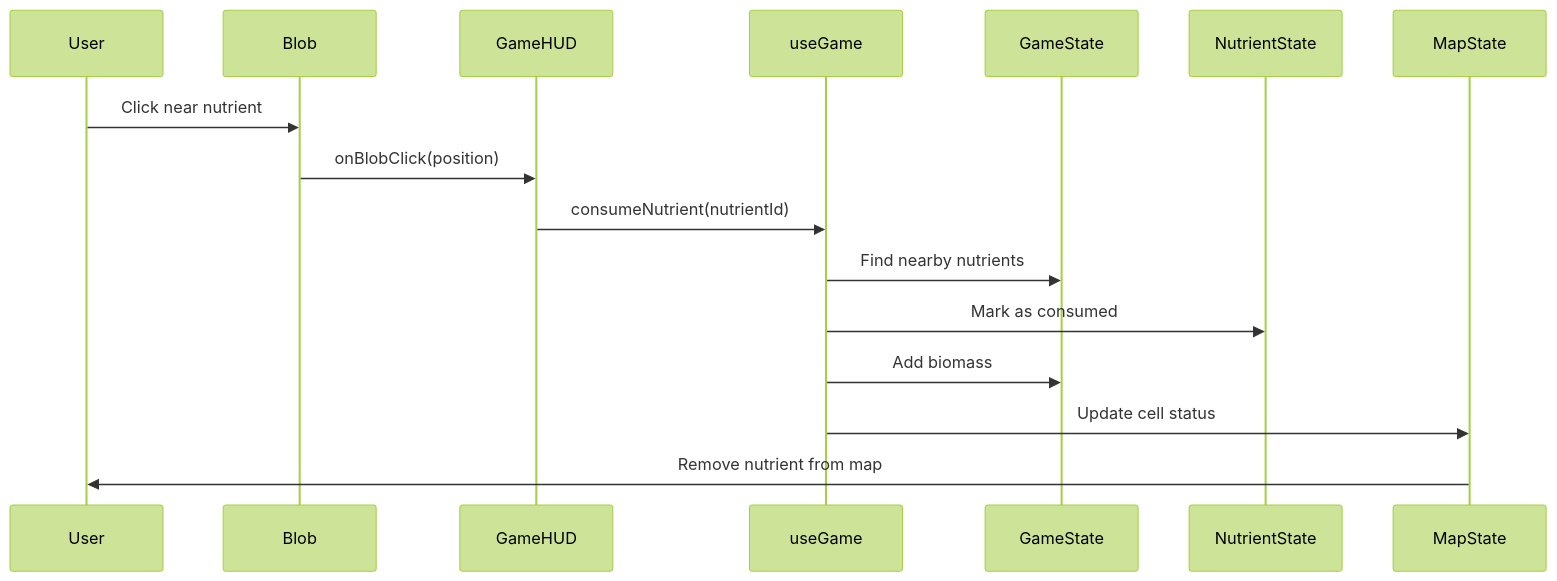
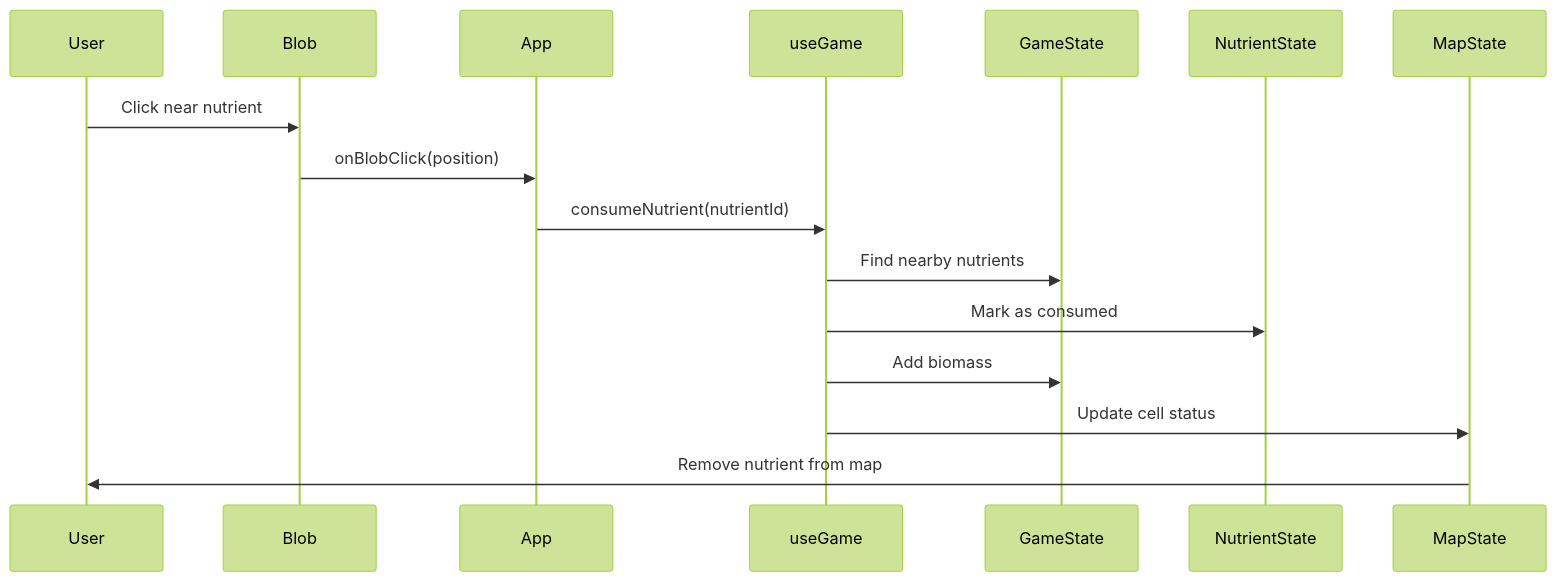
One commit to andreicstoica/blob-game changed the sixth of 16 diagrams in docs/architecture-diagrams.md. Above: the diagram before and after it, drawn with Mermaid (forest theme). The commit also changed other lines of this file and 1 other file, not shown here.

Commit message:
architecture diagram update pre spec writing

````diff
--- a/docs/architecture-diagrams.md
+++ b/docs/architecture-diagrams.md
@@ -254,19 +350,19 @@
 ```mermaid
 sequenceDiagram
     participant User
     participant Blob
-    participant GameHUD
+    participant App
     participant useGame
     participant GameState
     participant NutrientState
     participant MapState
 
     User->>Blob: Click near nutrient
-    Blob->>GameHUD: onBlobClick(position)
-    GameHUD->>useGame: consumeNutrient(nutrientId)
+    Blob->>App: onBlobClick(position)
+    App->>useGame: consumeNutrient(nutrientId)
     useGame->>GameState: Find nearby nutrients
     useGame->>NutrientState: Mark as consumed
     useGame->>GameState: Add biomass
     useGame->>MapState: Update cell status
     MapState->>User: Remove nutrient from map
 ```
````
